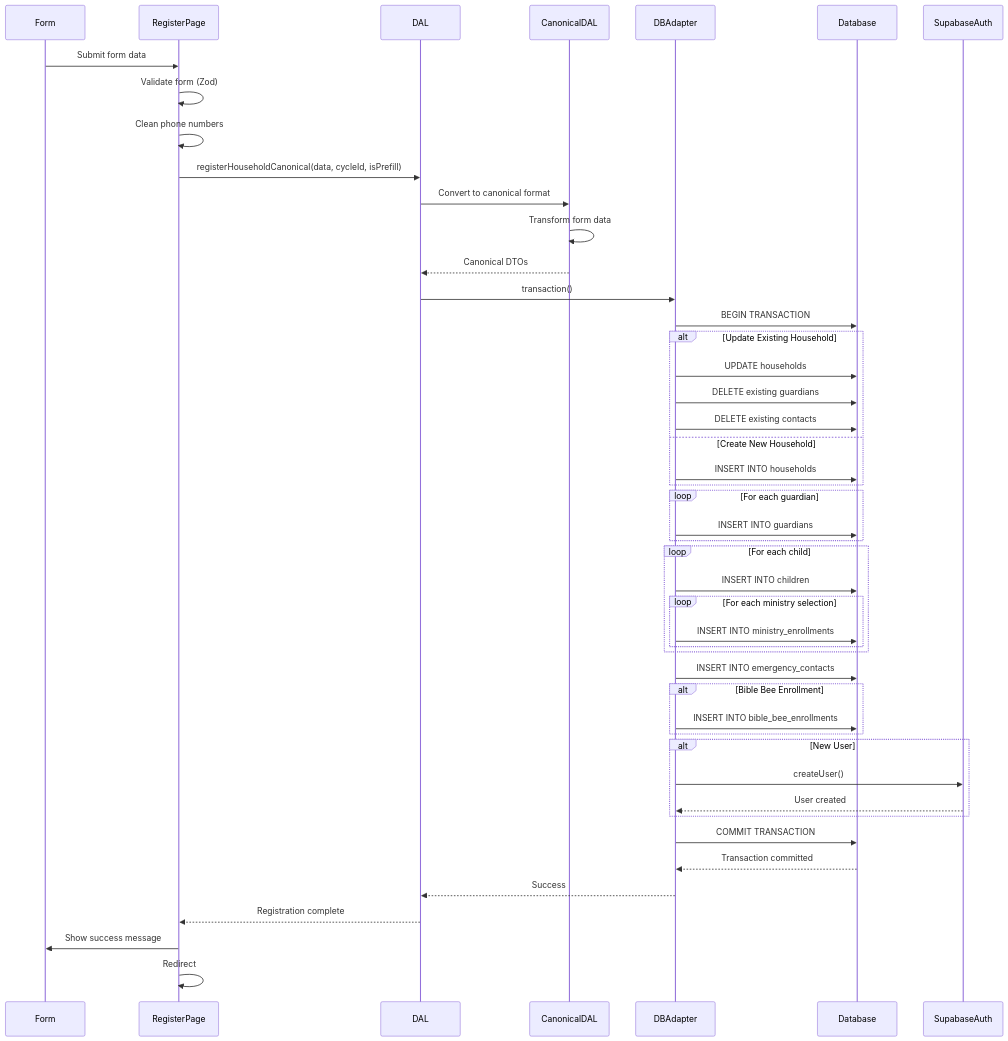
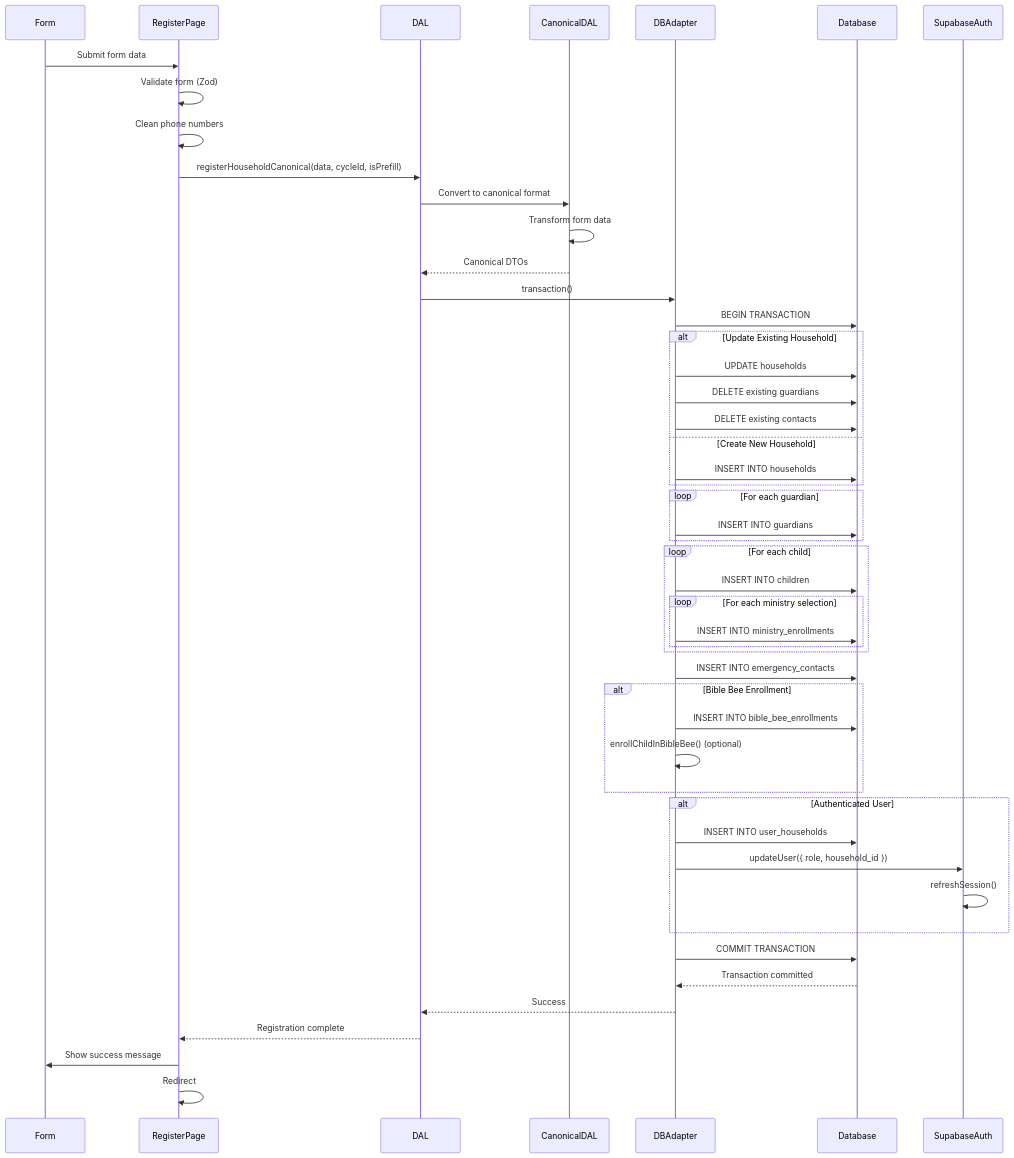
The diagram in docs/flows/shared/registration-flow.md (tzlukoma/gather-kids), drawn with Mermaid before and after one commit. The commit also changed other lines of this file and 5 other files, not shown here.

````diff
--- a/docs/flows/shared/registration-flow.md
+++ b/docs/flows/shared/registration-flow.md
@@ -135,59 +152,61 @@
 ```mermaid
 sequenceDiagram
     participant Form
     participant RegisterPage
     participant DAL
     participant CanonicalDAL
     participant DBAdapter
     participant Database
     participant SupabaseAuth
 
     Form->>RegisterPage: Submit form data
     RegisterPage->>RegisterPage: Validate form (Zod)
     RegisterPage->>RegisterPage: Clean phone numbers
     RegisterPage->>DAL: registerHouseholdCanonical(data, cycleId, isPrefill)
     
     DAL->>CanonicalDAL: Convert to canonical format
     CanonicalDAL->>CanonicalDAL: Transform form data
     CanonicalDAL-->>DAL: Canonical DTOs
     
     DAL->>DBAdapter: transaction()
     DBAdapter->>Database: BEGIN TRANSACTION
     
     alt Update Existing Household
         DBAdapter->>Database: UPDATE households
         DBAdapter->>Database: DELETE existing guardians
         DBAdapter->>Database: DELETE existing contacts
     else Create New Household
         DBAdapter->>Database: INSERT INTO households
     end
     
     loop For each guardian
         DBAdapter->>Database: INSERT INTO guardians
     end
     
     loop For each child
         DBAdapter->>Database: INSERT INTO children
         loop For each ministry selection
             DBAdapter->>Database: INSERT INTO ministry_enrollments
         end
     end
     
     DBAdapter->>Database: INSERT INTO emergency_contacts
     
     alt Bible Bee Enrollment
         DBAdapter->>Database: INSERT INTO bible_bee_enrollments
+        DBAdapter->>DBAdapter: enrollChildInBibleBee() (optional)
     end
     
-    alt New User
-        DBAdapter->>SupabaseAuth: createUser()
-        SupabaseAuth-->>DBAdapter: User created
+    alt Authenticated User
+        DBAdapter->>Database: INSERT INTO user_households
+        DBAdapter->>SupabaseAuth: updateUser({ role, household_id })
+        SupabaseAuth->>SupabaseAuth: refreshSession()
     end
     
     DBAdapter->>Database: COMMIT TRANSACTION
     Database-->>DBAdapter: Transaction committed
     DBAdapter-->>DAL: Success
     DAL-->>RegisterPage: Registration complete
     RegisterPage->>Form: Show success message
     RegisterPage->>RegisterPage: Redirect
 ```
````
